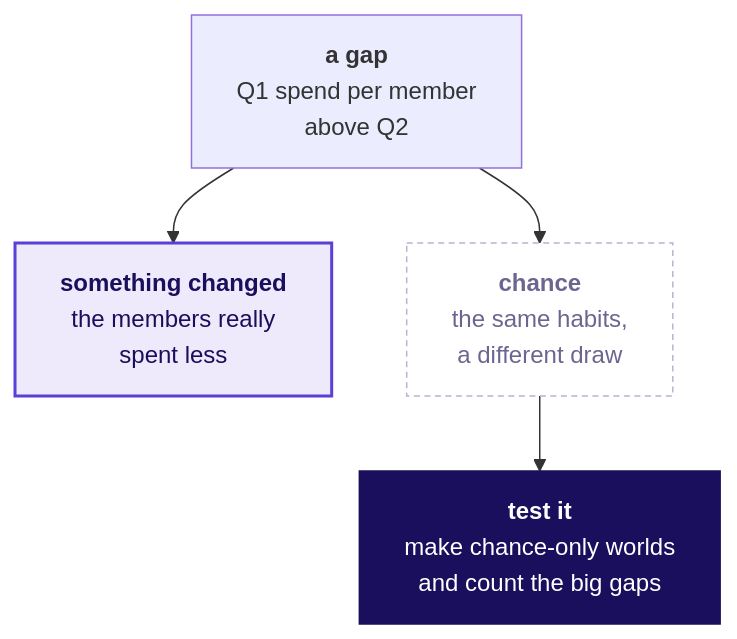
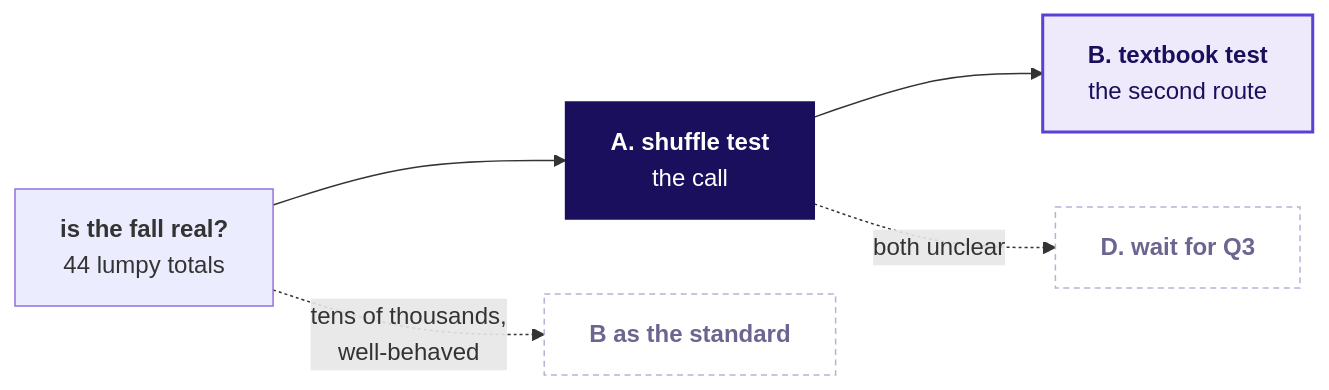
One commit to fde-academy-lab/c2-content-factory changed the third of 32 diagrams in content/W01/D4/slides/C2_W01_D04_half1_STUDENT.md. Above: the diagram before and after it, drawn with Mermaid. The commit also changed other lines of this file and 13 other files, not shown here.

````diff
--- a/content/W01/D4/slides/C2_W01_D04_half1_STUDENT.md
+++ b/content/W01/D4/slides/C2_W01_D04_half1_STUDENT.md
@@ -156,12 +203,13 @@
 ```mermaid
-flowchart TB
-    G["<b>a gap</b><br/>Q1 spend per member<br/>above Q2"] --> A["<b>something changed</b><br/>the members really<br/>spent less"]
-    G --> B["<b>chance</b><br/>the same habits,<br/>a different draw"]
-    B --> C["<b>test it</b><br/>make chance-only worlds<br/>and count the big gaps"]
+flowchart LR
+    Q["<b>is the fall real?</b><br/>44 lumpy totals"] --> A["<b>A. shuffle test</b><br/>the call"]
+    A --> X["<b>B. textbook test</b><br/>the second route"]
+    A -.->|"both unclear"| D["<b>D. wait for Q3</b>"]
+    Q -.->|"tens of thousands,<br/>well-behaved"| B["<b>B as the standard</b>"]
     classDef known fill:#EEEAFB,stroke:#5B3FD6,color:#1A0F5C,stroke-width:2px
     classDef unknown fill:#FFFFFF,stroke:#B8B2D6,color:#6B6690,stroke-dasharray:4 3
     classDef bet fill:#1A0F5C,stroke:#1A0F5C,color:#FFFFFF
-    class A known
-    class B unknown
-    class C bet
+    class A bet
+    class X known
+    class B,D unknown
 ```
````
